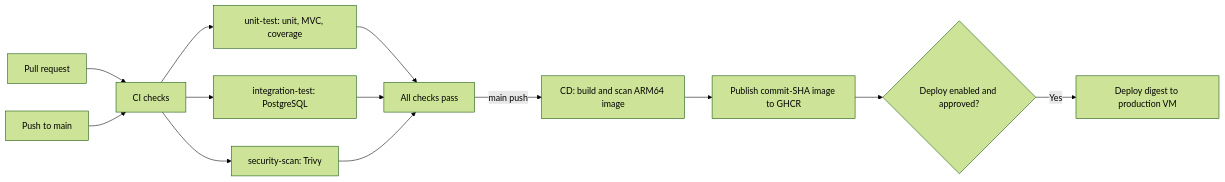
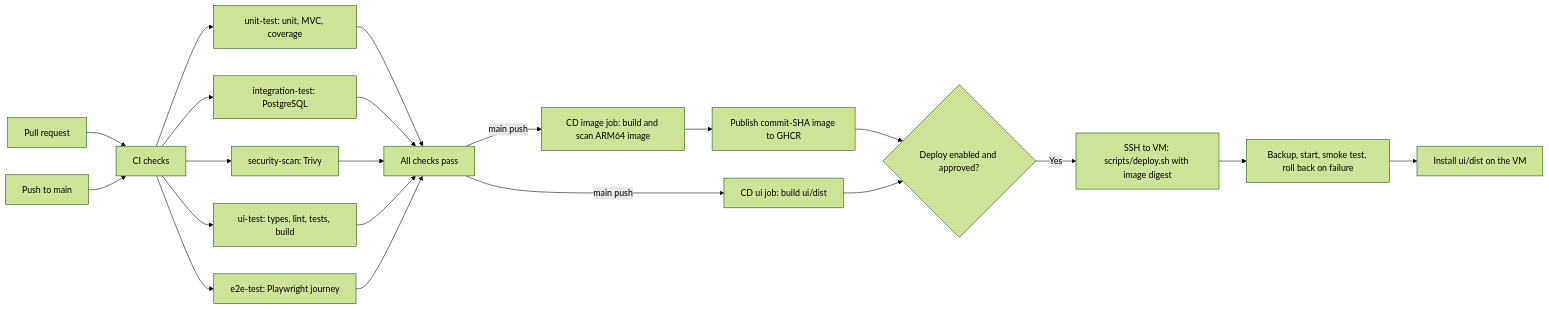
The third of 3 diagrams in data/readmes/kyledelfin2006__libro-library-system.md (zqf20096327/dbhub_collect), drawn with Mermaid (forest theme) before and after one commit. The commit also changed other lines of this file and 703 other files, not shown here.

````diff
--- a/data/readmes/kyledelfin2006__libro-library-system.md
+++ b/data/readmes/kyledelfin2006__libro-library-system.md
@@ -235,15 +399,23 @@
 ```mermaid
 flowchart LR
     PR[Pull request] --> CI[CI checks]
     Main[Push to main] --> CI
     CI --> Test[unit-test: unit, MVC, coverage]
     CI --> Integration[integration-test: PostgreSQL]
     CI --> Security[security-scan: Trivy]
+    CI --> UI[ui-test: types, lint, tests, build]
+    CI --> E2E[e2e-test: Playwright journey]
     Test --> Pass[All checks pass]
     Integration --> Pass
     Security --> Pass
-    Pass -->|main push| Image[CD: build and scan ARM64 image]
+    UI --> Pass
+    E2E --> Pass
+    Pass -->|main push| Image[CD image job: build and scan ARM64 image]
+    Pass -->|main push| UIBuild[CD ui job: build ui/dist]
     Image --> GHCR[Publish commit-SHA image to GHCR]
     GHCR --> Gate{Deploy enabled and approved?}
-    Gate -->|Yes| Deploy[Deploy digest to production VM]
+    UIBuild --> Gate
+    Gate -->|Yes| Deploy[SSH to VM: scripts/deploy.sh with image digest]
+    Deploy --> Smoke[Backup, start, smoke test, roll back on failure]
+    Smoke --> InstallUI[Install ui/dist on the VM]
 ```
````
